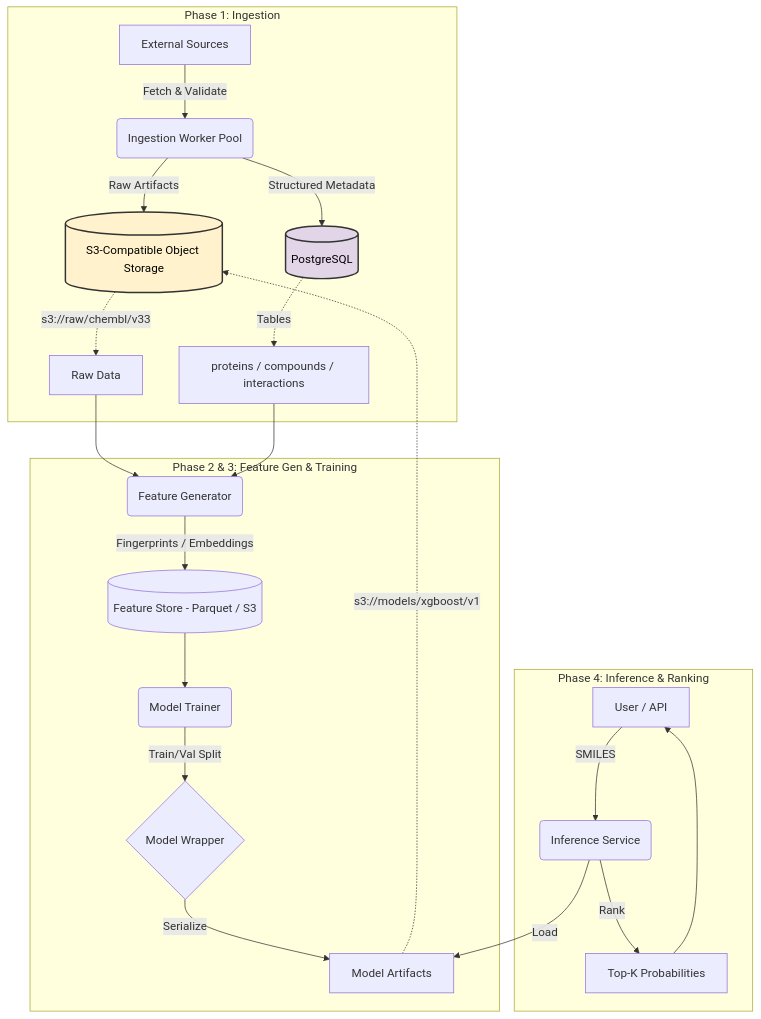
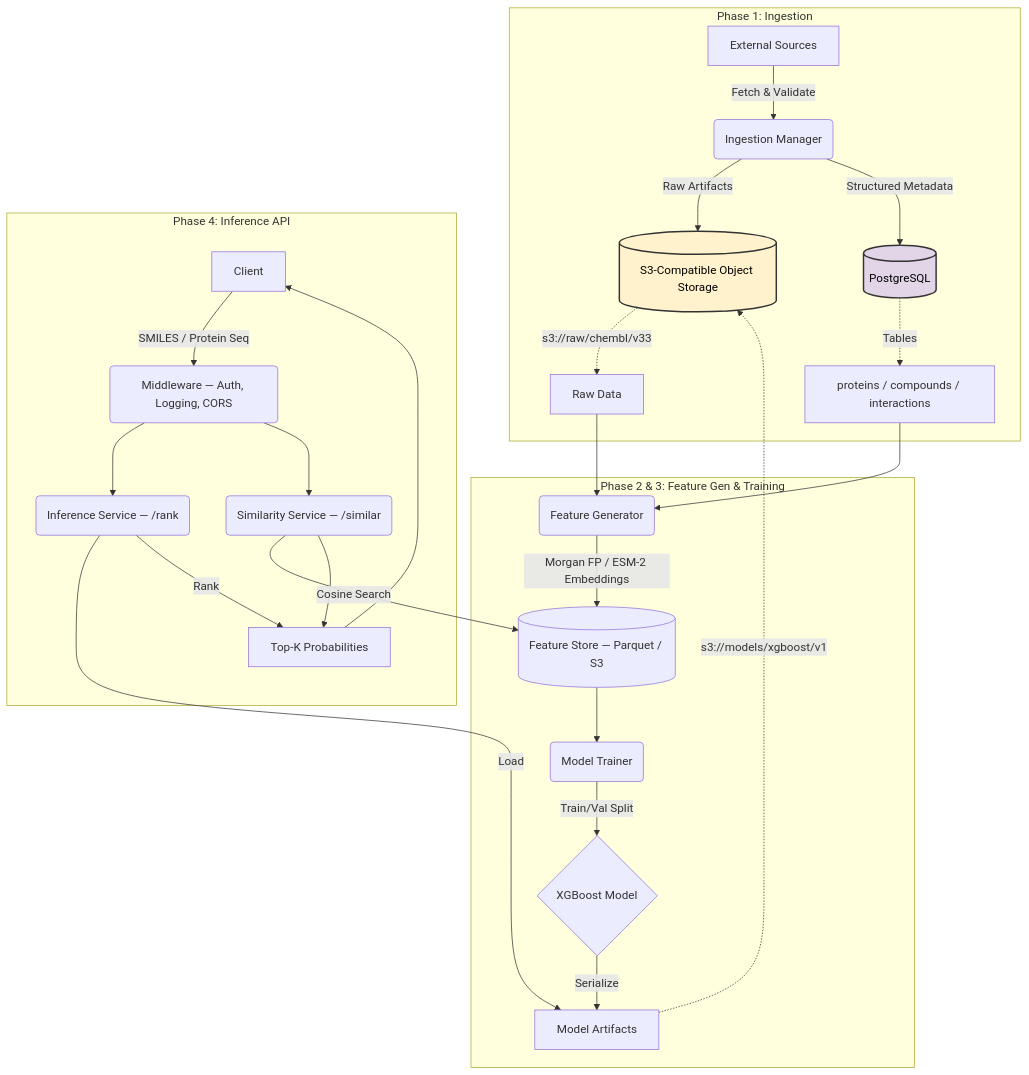
Before and after one commit to sphoortimirji5/Biological-Molecular-Interaction-Intelligence: the first of 2 diagrams in README.md, drawn with Mermaid. The commit also changed other lines of this file and 15 other files, not shown here.

````diff
--- a/README.md
+++ b/README.md
@@ -17,33 +17,37 @@
 ```mermaid
 graph TD
     subgraph "Phase 1: Ingestion"
-        A[External Sources] -->|Fetch & Validate| B(Ingestion Worker Pool)
+        A[External Sources] -->|Fetch & Validate| B(Ingestion Manager)
         B -->|Raw Artifacts| C[(S3-Compatible Object Storage)]
         B -->|Structured Metadata| D[(PostgreSQL)]
         
         C -.->|s3://raw/chembl/v33| C1[Raw Data]
         D -.->|Tables| D1[proteins / compounds / interactions]
     end
 
     subgraph "Phase 2 & 3: Feature Gen & Training"
         C1 --> E(Feature Generator)
         D1 --> E
         
-        E -->|Fingerprints / Embeddings| F[(Feature Store - Parquet / S3)]
+        E -->|Morgan FP / ESM-2 Embeddings| F[(Feature Store — Parquet / S3)]
         F --> G(Model Trainer)
         
-        G -->|Train/Val Split| H{Model Wrapper}
+        G -->|Train/Val Split| H{XGBoost Model}
         H -->|Serialize| I[Model Artifacts]
         I -.->|s3://models/xgboost/v1| C
     end
 
-    subgraph "Phase 4: Inference & Ranking"
-        J[User / API] -->|SMILES| K(Inference Service)
+    subgraph "Phase 4: Inference API"
+        J[Client] -->|SMILES / Protein Seq| MW(Middleware — Auth, Logging, CORS)
+        MW --> K(Inference Service — /rank)
+        MW --> SIM(Similarity Service — /similar)
         K -->|Load| I
         K -->|Rank| L[Top-K Probabilities]
+        SIM -->|Cosine Search| F
+        SIM --> L
         L --> J
     end
     
     style C fill:#fff2cc,stroke:#333,stroke-width:2px,color:#000
     style D fill:#e1d5e7,stroke:#333,stroke-width:2px,color:#000
 ```
````
